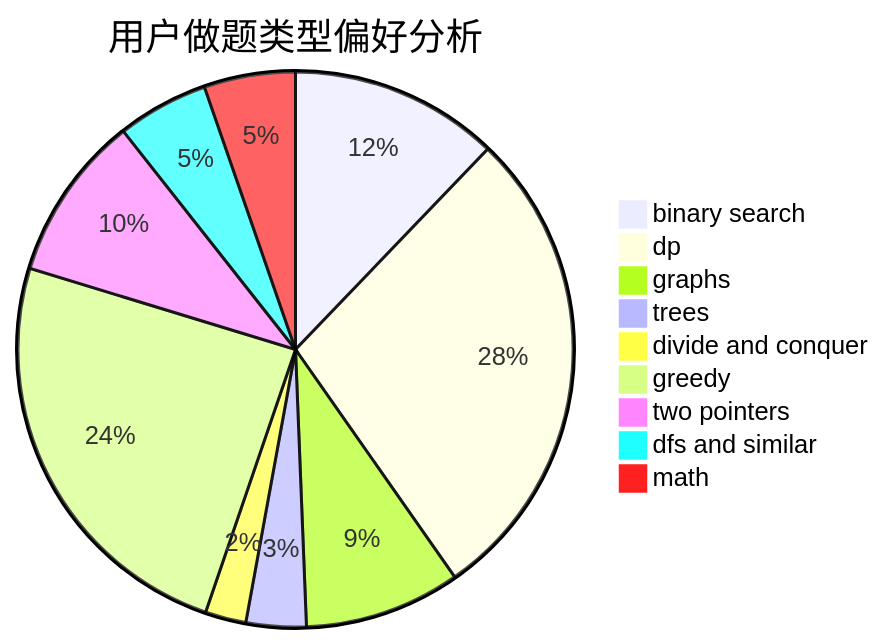
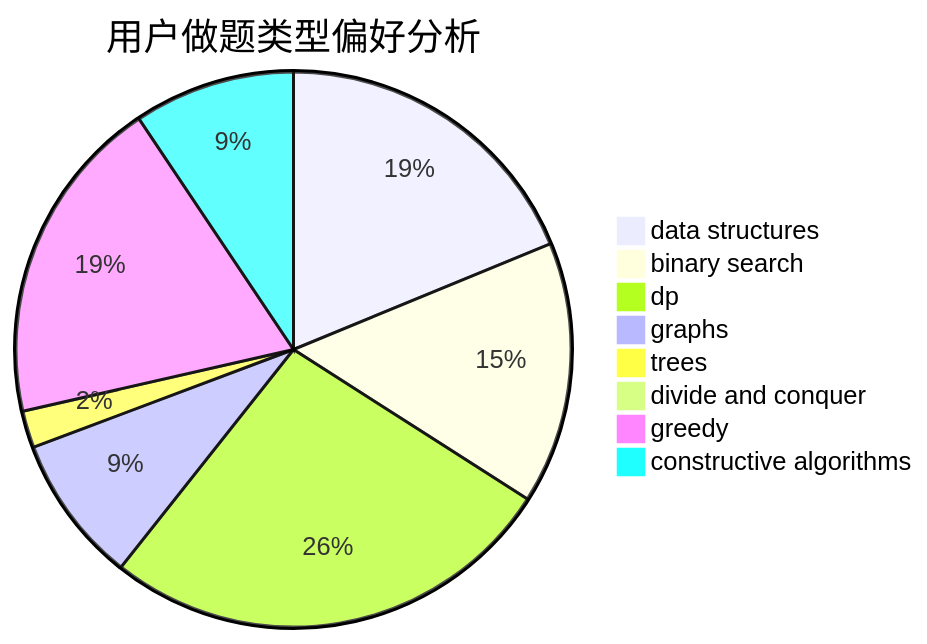
One commit to sherpahu/cfrs.github.io changed the second of 3 diagrams in docs/user/u644.md. Above: the diagram before and after it, drawn with Mermaid. The commit also changed other lines of this file and 2775 other files, not shown here.

````diff
--- a/docs/user/u644.md
+++ b/docs/user/u644.md
@@ -23,12 +23,11 @@
 ```mermaid
 pie title 用户做题类型偏好分析
-    "binary search" :  87
-    "dp" :  201
-    "graphs" :  65
-    "trees" :  25
-    "divide and conquer" :  17
-    "greedy" :  175
-    "two pointers" :  69
-    "dfs and similar" :  38
-    "math" :  38
+    "data structures" :  96
+    "binary search" :  78
+    "dp" :  136
+    "graphs" :  44
+    "trees" :  11
+    "divide and conquer" :  3
+    "greedy" :  98
+    "constructive algorithms" :  48
 ```
````
